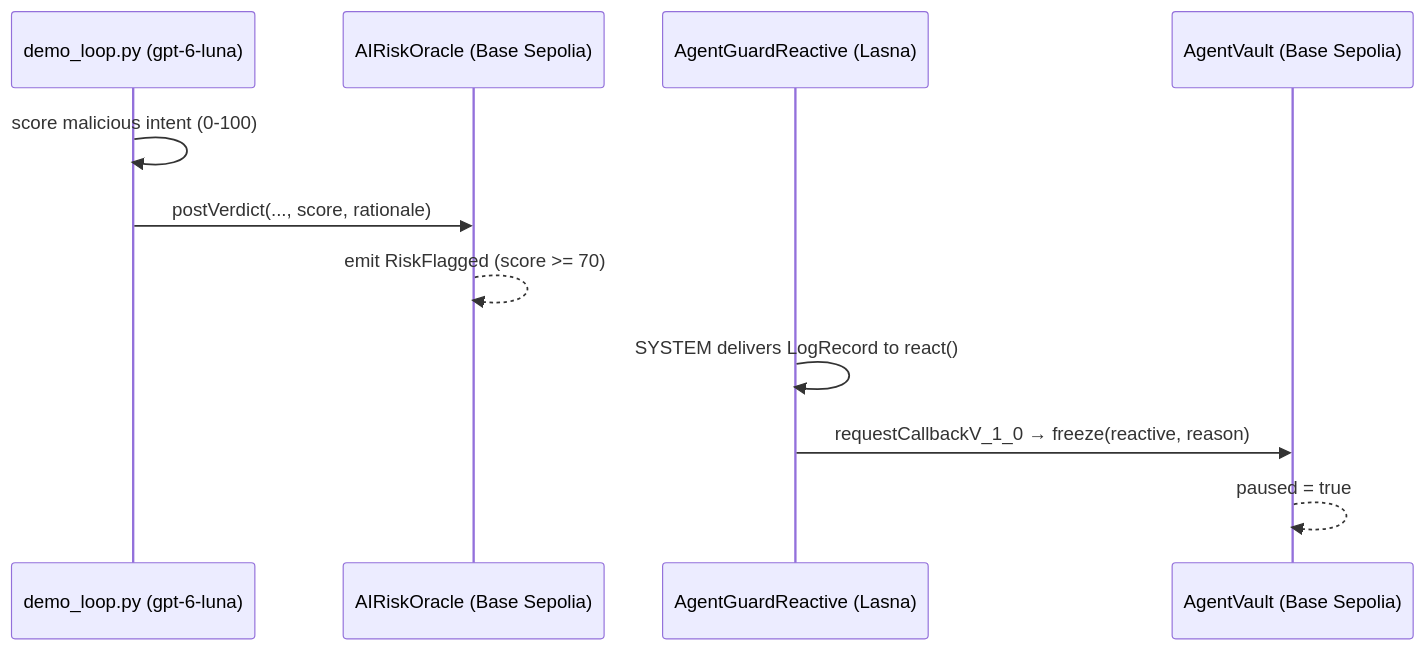
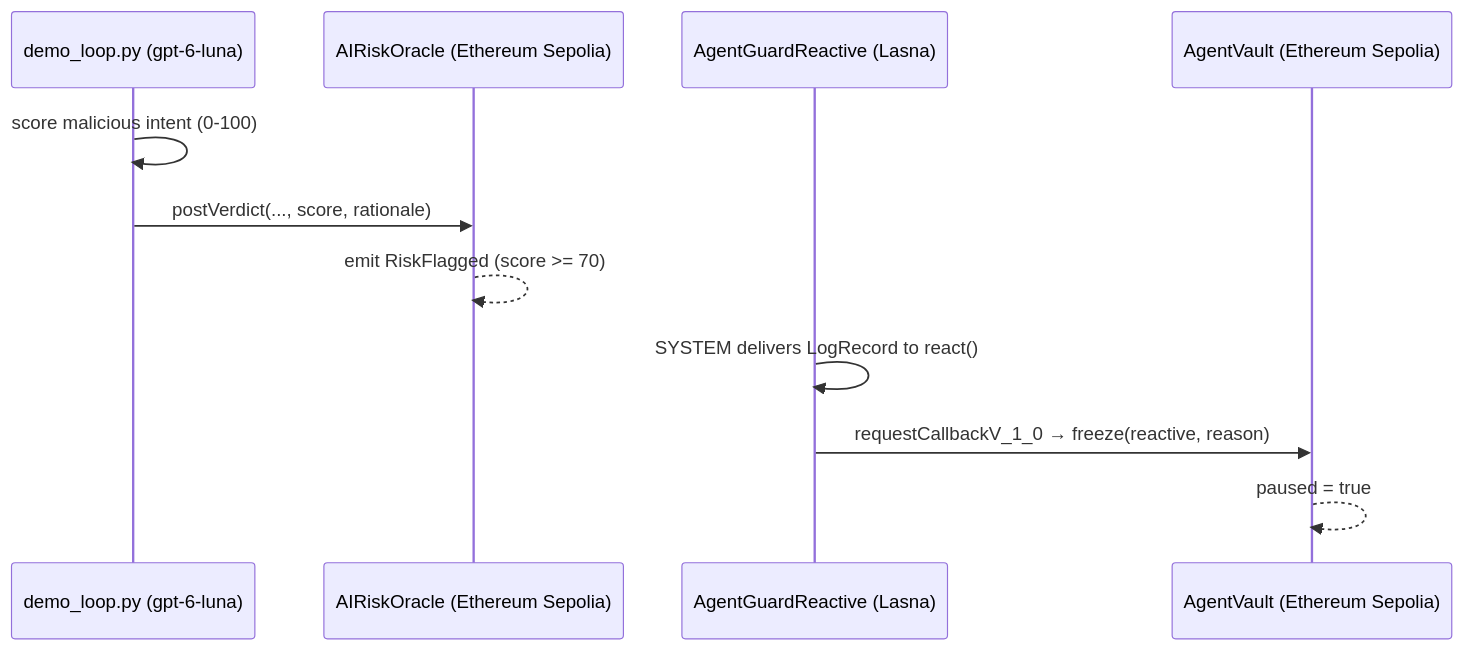
Before and after one commit to Night-Etrenal/agent-risk-guard: the diagram in README.md, drawn with Mermaid. The commit also changed other lines of this file and 11 other files, not shown here.

First line of the commit message:
feat: pivot origin to Ethereum Sepolia; prove AI→Reactive→freeze loop

````diff
--- a/README.md
+++ b/README.md
@@ -15,14 +17,14 @@
 ```mermaid
 sequenceDiagram
   participant Demo as demo_loop.py (gpt-6-luna)
-  participant Oracle as AIRiskOracle (Base Sepolia)
+  participant Oracle as AIRiskOracle (Ethereum Sepolia)
   participant RN as AgentGuardReactive (Lasna)
-  participant Vault as AgentVault (Base Sepolia)
+  participant Vault as AgentVault (Ethereum Sepolia)
 
   Demo->>Demo: score malicious intent (0-100)
   Demo->>Oracle: postVerdict(..., score, rationale)
   Oracle-->>Oracle: emit RiskFlagged (score >= 70)
   RN->>RN: SYSTEM delivers LogRecord to react()
   RN->>Vault: requestCallbackV_1_0 → freeze(reactive, reason)
   Vault-->>Vault: paused = true
 ```
````
